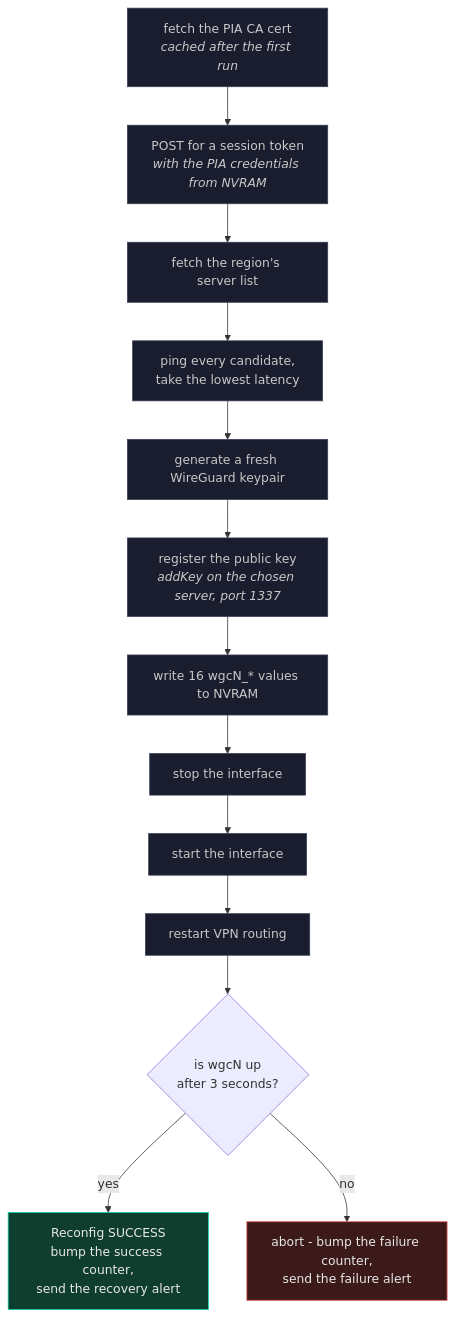
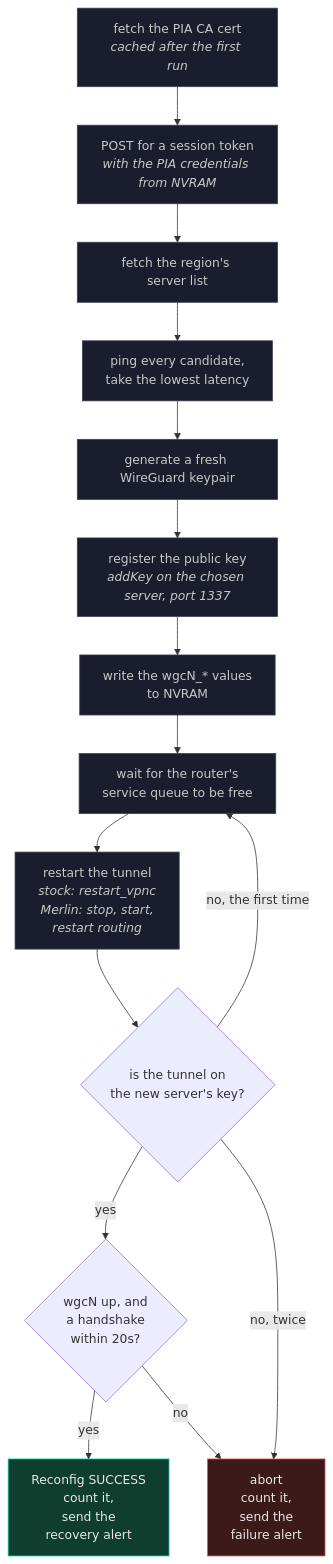
The fourth of 4 diagrams in ARCHITECTURE.md (ExponentiallyDigital/cfg-pia-wg), drawn with Mermaid before and after one commit. The commit also changed other lines of this file and 3 other files, not shown here.

````diff
--- a/ARCHITECTURE.md
+++ b/ARCHITECTURE.md
@@ -1260,23 +1260,26 @@
 ```mermaid
 flowchart TD
     A["fetch the PIA CA cert<br/><i>cached after the first run</i>"] --> B
     B["POST for a session token<br/><i>with the PIA credentials from NVRAM</i>"] --> C
     C["fetch the region's server list"] --> D
     D["ping every candidate,<br/>take the lowest latency"] --> E
     E["generate a fresh WireGuard keypair"] --> F
     F["register the public key<br/><i>addKey on the chosen server, port 1337</i>"] --> G
-    G["write 16 wgcN_* values to NVRAM"] --> H
-    H["stop the interface"] --> I
-    I["start the interface"] --> J
-    J["restart VPN routing"] --> K
-    K{"is wgcN up<br/>after 3 seconds?"}
-    K -->|yes| OK["Reconfig SUCCESS<br/>bump the success counter,<br/>send the recovery alert"]
-    K -->|no| FAIL["abort - bump the failure counter,<br/>send the failure alert"]
+    G["write the wgcN_* values<br/>to NVRAM"] --> W
+    W["wait for the router's<br/>service queue to be free"] --> H
+    H["restart the tunnel<br/><i>stock: restart_vpnc</i><br/><i>Merlin: stop, start,</i><br/><i>restart routing</i>"] --> T
+    T{"is the tunnel on<br/>the new server's key?"}
+    T -->|"no, the first time"| W
+    T -->|yes| K
+    K{"wgcN up, and<br/>a handshake<br/>within 20s?"}
+    K -->|yes| OK["Reconfig SUCCESS<br/>count it,<br/>send the<br/>recovery alert"]
+    K -->|no| FAIL["abort<br/>count it,<br/>send the<br/>failure alert"]
+    T -->|"no, twice"| FAIL
 
     classDef go fill:#0F3D2E,stroke:#00D4AA,color:#E8E8E8
     classDef bad fill:#3D1A1A,stroke:#E05252,color:#E8E8E8
     classDef step fill:#1A1D2E,stroke:#3A3F55,color:#C8C8C8
     class OK go
     class FAIL bad
-    class A,B,C,D,E,F,G,H,I,J step
+    class A,B,C,D,E,F,G,W,H step
 ```
````
